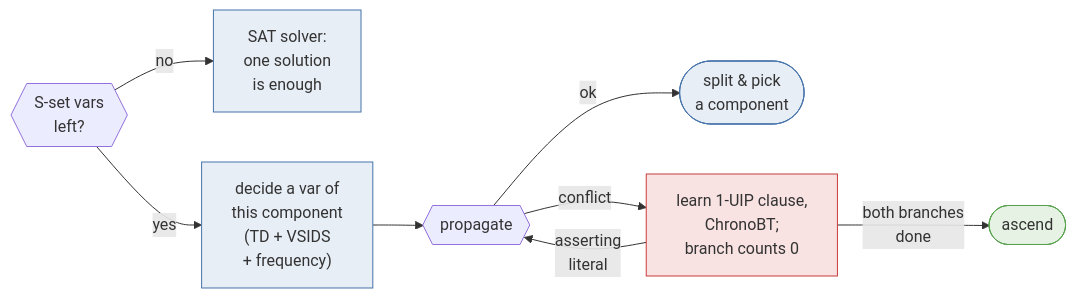
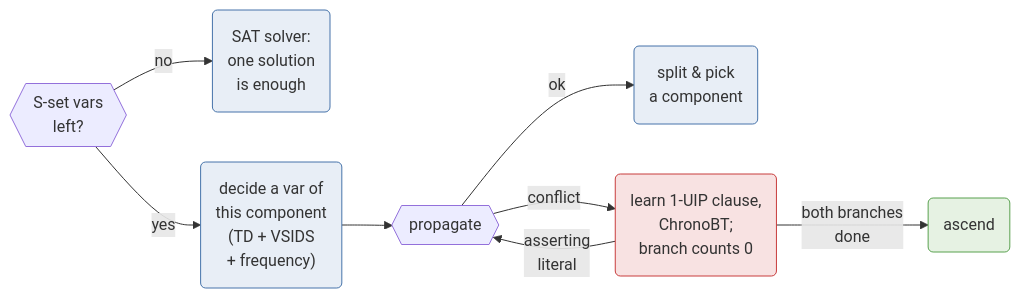
Before and after one commit to meelgroup/ganak-presentation: the diagram in figs/mermaid/descend.mmd, drawn with Mermaid. The commit also changed 6 other files, not shown here.

Commit message:
Mermaid diagrams: one rounded box shape for every step

```diff
--- a/figs/mermaid/descend.mmd
+++ b/figs/mermaid/descend.mmd
@@ -1,17 +1,17 @@
 flowchart LR
   Q{{"S-set vars<br/>left?"}}
-  Q -->|no| SAT["SAT solver:<br/>one solution<br/>is enough"]
-  Q -->|yes| DEC["decide a var of<br/>this component<br/>(TD + VSIDS<br/>+ frequency)"]
+  Q -->|no| SAT("SAT solver:<br/>one solution<br/>is enough")
+  Q -->|yes| DEC("decide a var of<br/>this component<br/>(TD + VSIDS<br/>+ frequency)")
   DEC --> P{{propagate}}
-  P -->|"ok"| OUT(["split &amp; pick<br/>a component"])
-  P -->|"conflict"| UIP["learn 1-UIP clause,<br/>ChronoBT;<br/>branch counts 0"]
+  P -->|"ok"| OUT("split &amp; pick<br/>a component")
+  P -->|"conflict"| UIP("learn 1-UIP clause,<br/>ChronoBT;<br/>branch counts 0")
   UIP -->|"asserting<br/>literal"| P
-  UIP -->|"both branches<br/>done"| ASC([ascend])
+  UIP -->|"both branches<br/>done"| ASC(ascend)
 
   %% blue: search, red: conflict, green: counting
   classDef search fill:#e8eef6,stroke:#4673aa
   classDef confl fill:#f8e2e2,stroke:#c83c3c
   classDef count fill:#e6f2e3,stroke:#59a14f
   class DEC,SAT,OUT search
   class UIP confl
   class ASC count
```
